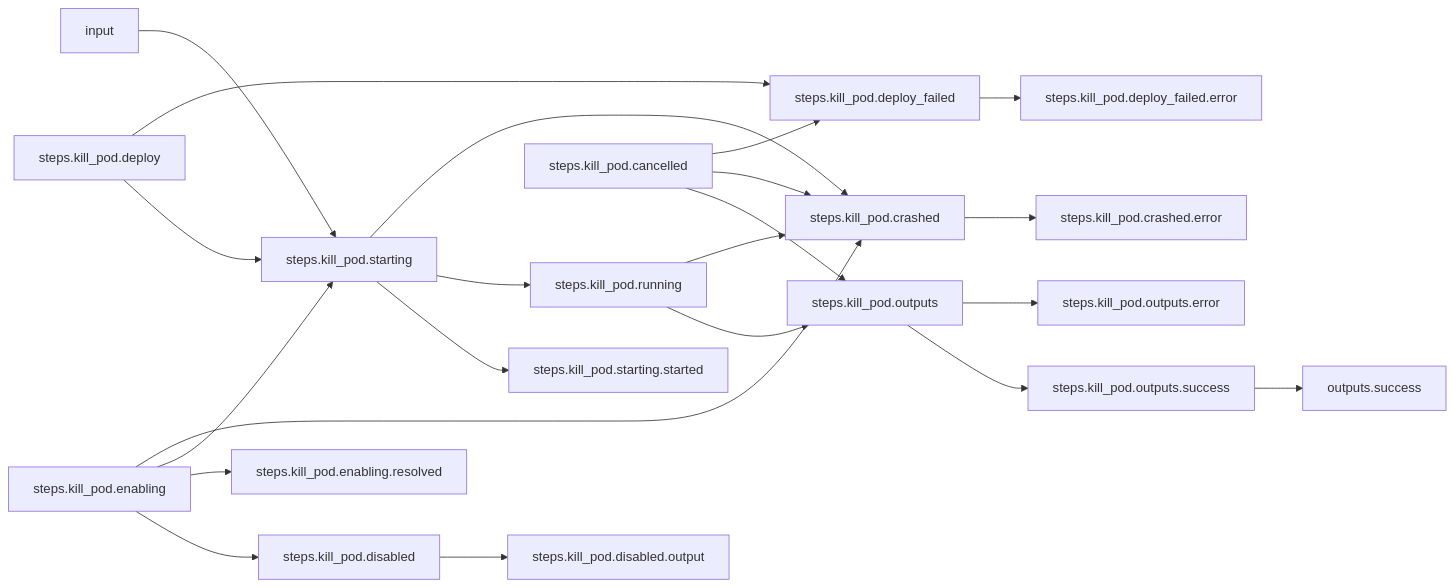
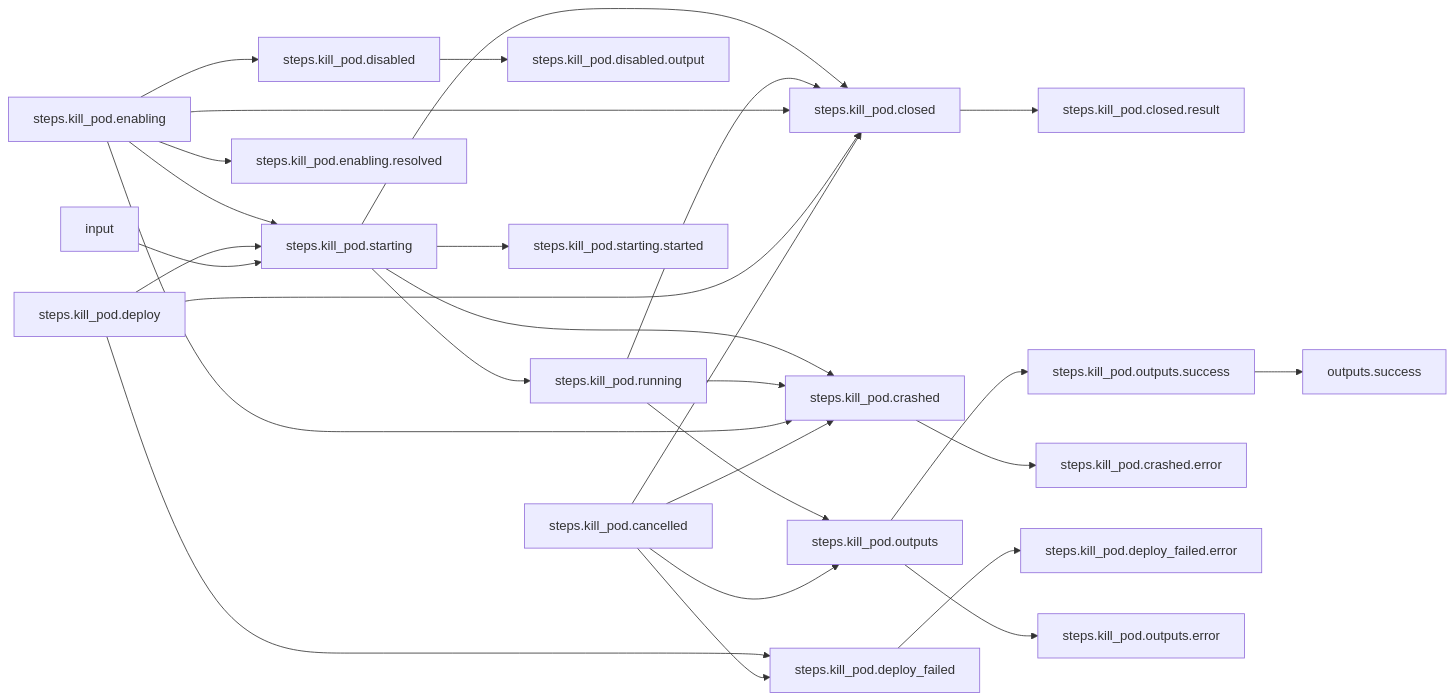
One commit to krkn-chaos/krkn changed the second of 4 diagrams in scenarios/arcaflow/ocp-chaos/README.md. Above: the diagram before and after it, drawn with Mermaid. The commit also changed other lines of this file and 4 other files, not shown here.

````diff
--- a/scenarios/arcaflow/ocp-chaos/README.md
+++ b/scenarios/arcaflow/ocp-chaos/README.md
@@ -104,28 +137,34 @@
 ```mermaid
 %% Mermaid markdown workflow
 flowchart LR
 %% Success path
+input-->steps.kill_pod.starting
+steps.kill_pod.cancelled-->steps.kill_pod.closed
+steps.kill_pod.cancelled-->steps.kill_pod.outputs
+steps.kill_pod.closed-->steps.kill_pod.closed.result
+steps.kill_pod.deploy-->steps.kill_pod.closed
+steps.kill_pod.deploy-->steps.kill_pod.starting
+steps.kill_pod.disabled-->steps.kill_pod.disabled.output
+steps.kill_pod.enabling-->steps.kill_pod.closed
 steps.kill_pod.enabling-->steps.kill_pod.disabled
 steps.kill_pod.enabling-->steps.kill_pod.enabling.resolved
 steps.kill_pod.enabling-->steps.kill_pod.starting
-input-->steps.kill_pod.starting
+steps.kill_pod.outputs-->steps.kill_pod.outputs.success
+steps.kill_pod.outputs.success-->outputs.success
+steps.kill_pod.running-->steps.kill_pod.closed
 steps.kill_pod.running-->steps.kill_pod.outputs
+steps.kill_pod.starting-->steps.kill_pod.closed
+steps.kill_pod.starting-->steps.kill_pod.running
 steps.kill_pod.starting-->steps.kill_pod.starting.started
-steps.kill_pod.starting-->steps.kill_pod.running
-steps.kill_pod.cancelled-->steps.kill_pod.outputs
-steps.kill_pod.disabled-->steps.kill_pod.disabled.output
-steps.kill_pod.outputs.success-->outputs.success
-steps.kill_pod.deploy-->steps.kill_pod.starting
-steps.kill_pod.outputs-->steps.kill_pod.outputs.success
 %% Error path
+steps.kill_pod.cancelled-->steps.kill_pod.crashed
+steps.kill_pod.cancelled-->steps.kill_pod.deploy_failed
+steps.kill_pod.crashed-->steps.kill_pod.crashed.error
+steps.kill_pod.deploy-->steps.kill_pod.deploy_failed
+steps.kill_pod.deploy_failed-->steps.kill_pod.deploy_failed.error
 steps.kill_pod.enabling-->steps.kill_pod.crashed
-steps.kill_pod.crashed-->steps.kill_pod.crashed.error
+steps.kill_pod.outputs-->steps.kill_pod.outputs.error
 steps.kill_pod.running-->steps.kill_pod.crashed
 steps.kill_pod.starting-->steps.kill_pod.crashed
-steps.kill_pod.cancelled-->steps.kill_pod.crashed
-steps.kill_pod.cancelled-->steps.kill_pod.deploy_failed
-steps.kill_pod.deploy_failed-->steps.kill_pod.deploy_failed.error
-steps.kill_pod.deploy-->steps.kill_pod.deploy_failed
-steps.kill_pod.outputs-->steps.kill_pod.outputs.error
 %% Mermaid end
 ```
````
